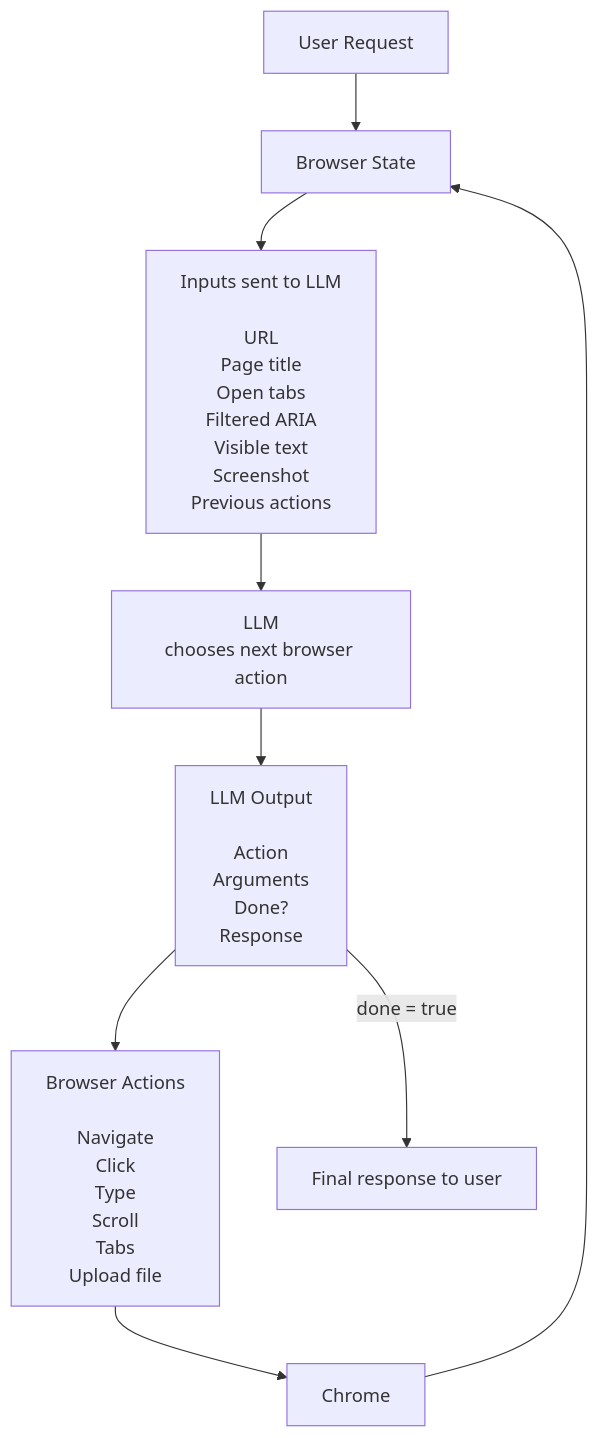
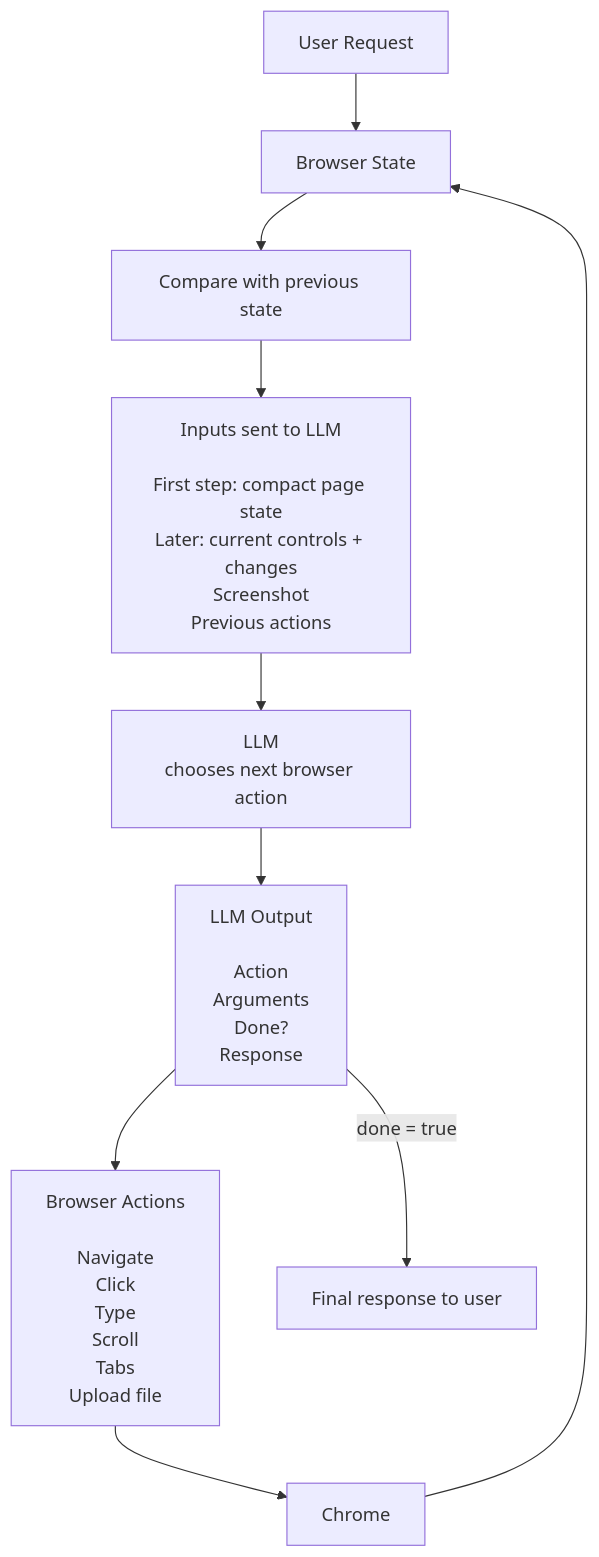
One commit to MashrafeeAryan/Chexsa changed the second of 3 diagrams in ARCHITECTURE.md. Above: the diagram before and after it, drawn with Mermaid. The commit also changed other lines of this file, not shown here.

````diff
--- a/ARCHITECTURE.md
+++ b/ARCHITECTURE.md
@@ -78,18 +78,20 @@
 ```mermaid
 flowchart TD
     Request["User Request"] --> State["Browser State"]
 
-    State --> Inputs["Inputs sent to LLM<br/><br/>URL<br/>Page title<br/>Open tabs<br/>Filtered ARIA<br/>Visible text<br/>Screenshot<br/>Previous actions"]
+    State --> Compare["Compare with previous state"]
+
+    Compare --> Inputs["Inputs sent to LLM<br/><br/>First step: compact page state<br/>Later: current controls + changes<br/>Screenshot<br/>Previous actions"]
 
     Inputs --> LLM["LLM<br/>chooses next browser action"]
 
     LLM --> Output["LLM Output<br/><br/>Action<br/>Arguments<br/>Done?<br/>Response"]
 
     Output --> Actions["Browser Actions<br/><br/>Navigate<br/>Click<br/>Type<br/>Scroll<br/>Tabs<br/>Upload file"]
 
     Actions --> Browser["Chrome"]
 
     Browser --> State
 
     Output -->|done = true| Result["Final response to user"]
 ```
````
